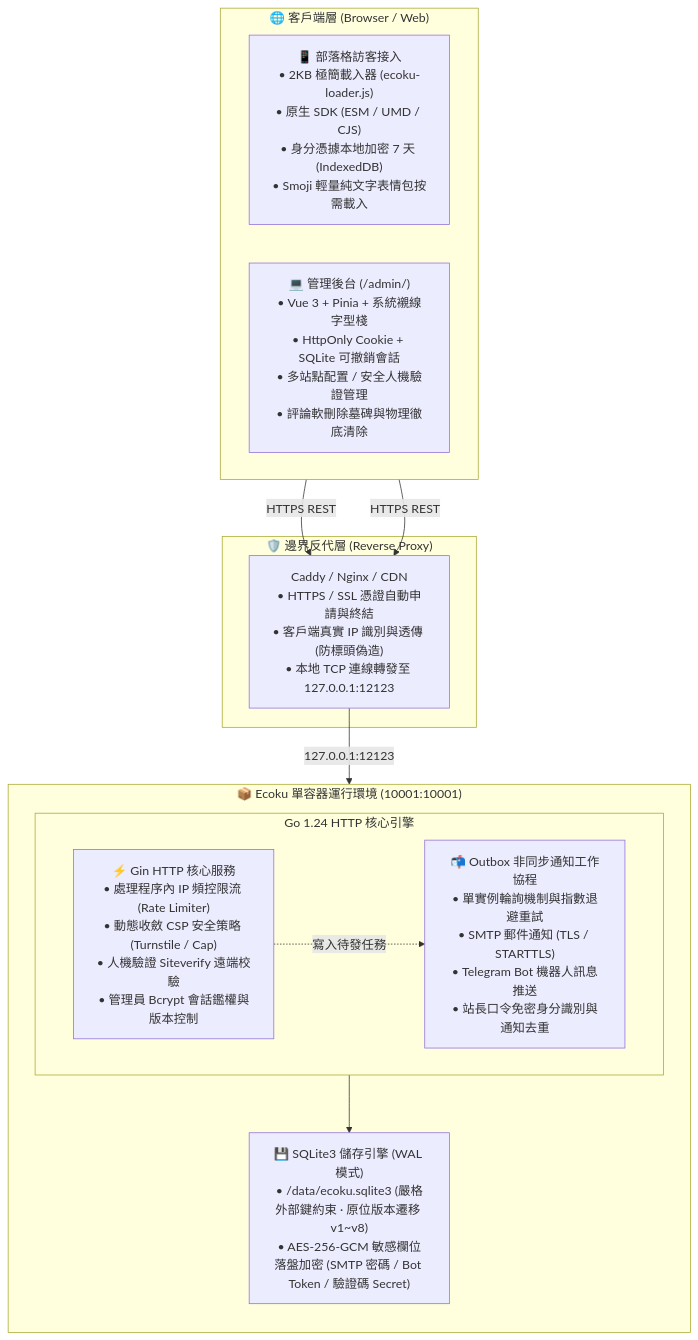
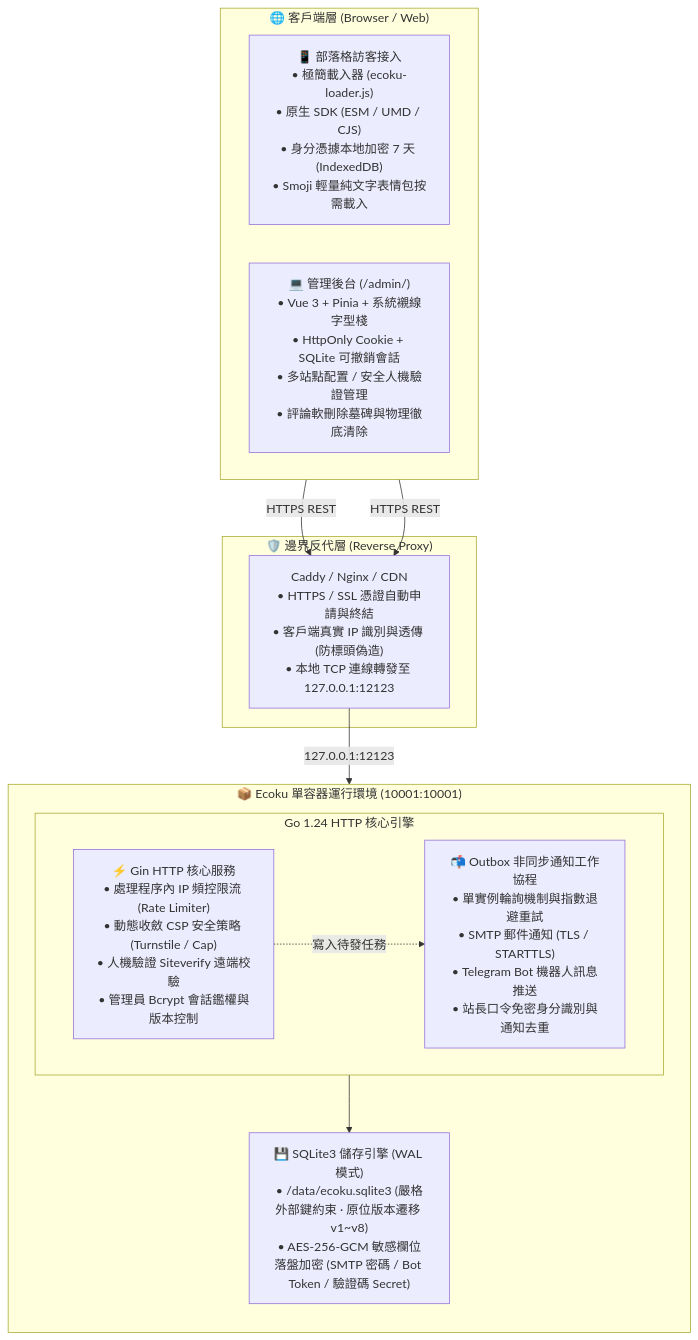
Before and after one commit to DejavuMoe/Ecoku: the diagram in docs/zh-hant/guide/introduction.md, drawn with Mermaid. The commit also changed other lines of this file and 66 other files, not shown here.

````diff
--- a/docs/zh-hant/guide/introduction.md
+++ b/docs/zh-hant/guide/introduction.md
@@ -21,28 +21,28 @@
 ```mermaid
 flowchart TD
     subgraph Client["🌐 客戶端層 (Browser / Web)"]
         direction LR
-        Visitor["📱 部落格訪客接入<br/>• 2KB 極簡載入器 (ecoku-loader.js)<br/>• 原生 SDK (ESM / UMD / CJS)<br/>• 身分憑據本地加密 7 天 (IndexedDB)<br/>• Smoji 輕量純文字表情包按需載入"]
+        Visitor["📱 部落格訪客接入<br/>• 極簡載入器 (ecoku-loader.js)<br/>• 原生 SDK (ESM / UMD / CJS)<br/>• 身分憑據本地加密 7 天 (IndexedDB)<br/>• Smoji 輕量純文字表情包按需載入"]
         Admin["💻 管理後台 (/admin/)<br/>• Vue 3 + Pinia + 系統襯線字型棧<br/>• HttpOnly Cookie + SQLite 可撤銷會話<br/>• 多站點配置 / 安全人機驗證管理<br/>• 評論軟刪除墓碑與物理徹底清除"]
     end
 
     subgraph Edge["🛡️ 邊界反代層 (Reverse Proxy)"]
         Proxy["Caddy / Nginx / CDN<br/>• HTTPS / SSL 憑證自動申請與終結<br/>• 客戶端真實 IP 識別與透傳 (防標頭偽造)<br/>• 本地 TCP 連線轉發至 127.0.0.1:12123"]
     end
 
     subgraph Runtime["📦 Ecoku 單容器運行環境 (10001:10001)"]
         direction TB
         subgraph Core["Go 1.24 HTTP 核心引擎"]
             direction LR
             Engine["⚡ Gin HTTP 核心服務<br/>• 處理程序內 IP 頻控限流 (Rate Limiter)<br/>• 動態收斂 CSP 安全策略 (Turnstile / Cap)<br/>• 人機驗證 Siteverify 遠端校驗<br/>• 管理員 Bcrypt 會話鑑權與版本控制"]
             Outbox["📬 Outbox 非同步通知工作協程<br/>• 單實例輪詢機制與指數退避重試<br/>• SMTP 郵件通知 (TLS / STARTTLS)<br/>• Telegram Bot 機器人訊息推送<br/>• 站長口令免密身分識別與通知去重"]
         end
         Storage["💾 SQLite3 儲存引擎 (WAL 模式)<br/>• /data/ecoku.sqlite3 (嚴格外部鍵約束 · 原位版本遷移 v1~v8)<br/>• AES-256-GCM 敏感欄位落盤加密 (SMTP 密碼 / Bot Token / 驗證碼 Secret)"]
         Core --> Storage
     end
 
     Visitor -->|HTTPS REST| Proxy
     Admin -->|HTTPS REST| Proxy
     Proxy -->|127.0.0.1:12123| Engine
     Engine -.->|寫入待發任務| Outbox
 ```
````
